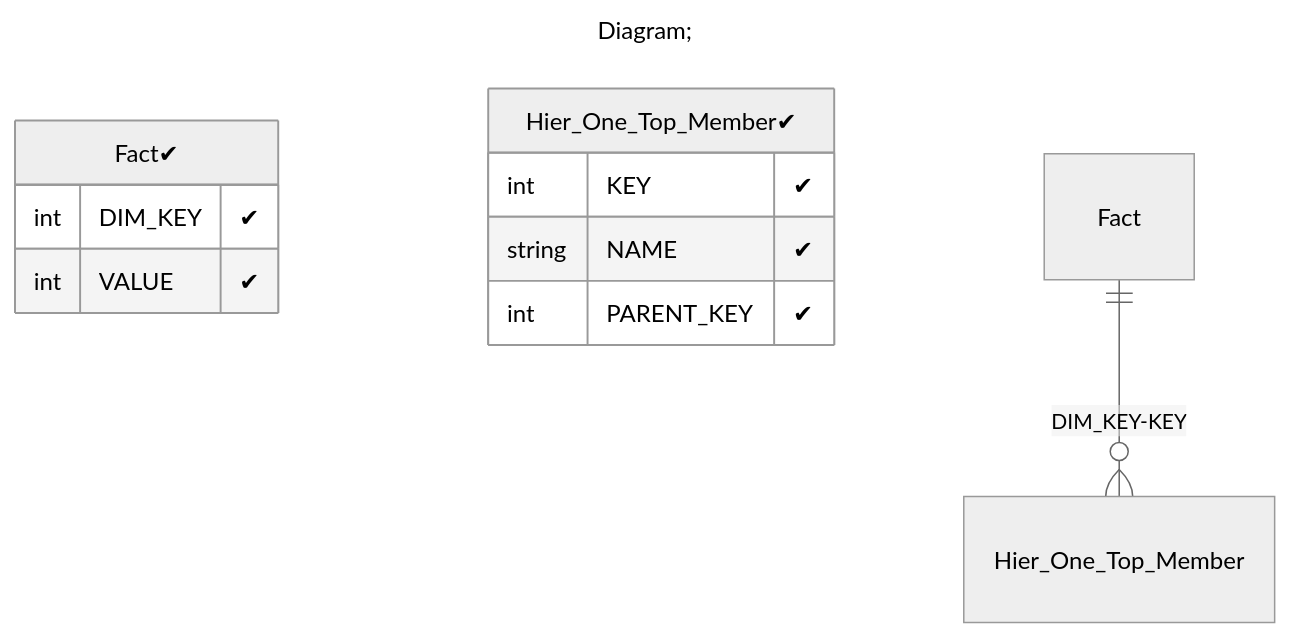
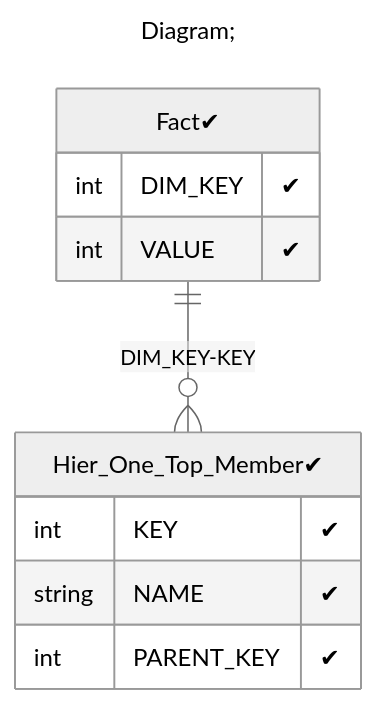
Before and after one commit to xmla-services/workground: the third of 3 diagrams in demo/server/catalogs/min_Level_parentColumn_parent_child_/README.MD, drawn with Mermaid (neutral theme). The commit also changed 16 other files, not shown here.

Commit message:
tutorials. add flags (positive, negative) in database diagram Signed-off-by: dbulahov <bulahovdenis@gmail.com>

````diff
--- a/demo/server/catalogs/min_Level_parentColumn_parent_child_/README.MD
+++ b/demo/server/catalogs/min_Level_parentColumn_parent_child_/README.MD
@@ -86,17 +86,17 @@
 ```mermaid
 ---
 title: Diagram;
 ---
 erDiagram
 "Fact✔"{
 int DIM_KEY "✔"
 int VALUE "✔"
 }
 "Hier_One_Top_Member✔"{
 int KEY "✔"
 string NAME "✔"
 int PARENT_KEY "✔"
 }
 
-"Fact" ||--o{ "Hier_One_Top_Member" : "DIM_KEY-KEY"
+"Fact✔" ||--o{ "Hier_One_Top_Member✔" : "DIM_KEY-KEY"
 ```
````
